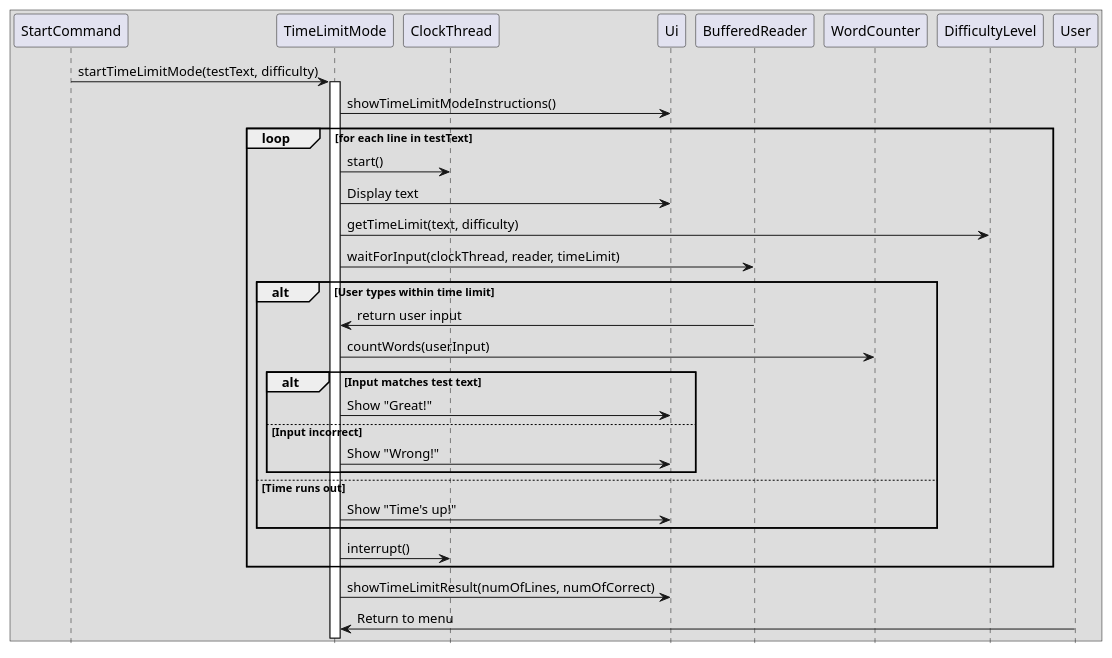
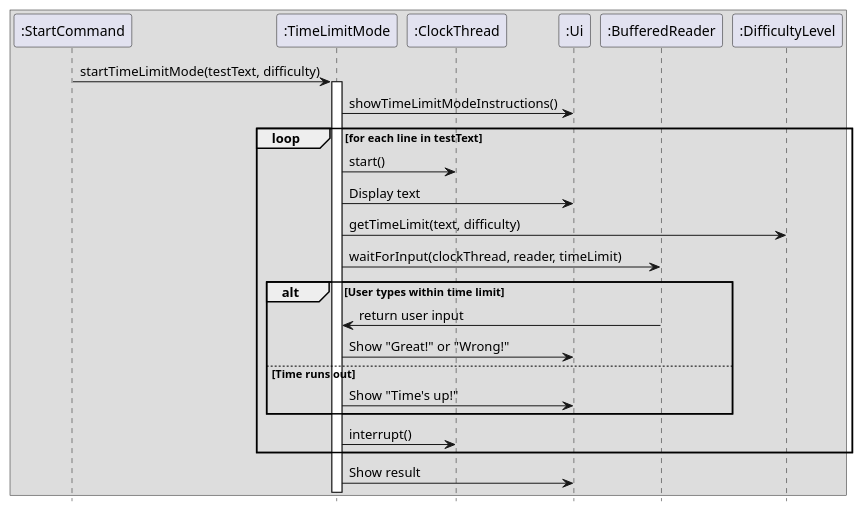
The diagram in docs/diagrams/SeqDiagramTimeLimitMode.puml (AY2425S2-CS2113-F13-2/tp), drawn with PlantUML before and after one commit. The commit also changed 6 other files, not shown here.

Commit message:
added class diagram for Command, simplified sequence diagram, edited the order of implementation part in DG

```diff
--- a/docs/diagrams/SeqDiagramTimeLimitMode.puml
+++ b/docs/diagrams/SeqDiagramTimeLimitMode.puml
@@ -1,39 +1,33 @@
 @startuml
 'https://plantuml.com/sequence-diagram
 hide footbox
 
 box
-participant StartCommand
-participant TimeLimitMode
-participant ClockThread
-participant Ui
-participant BufferedReader
-participant WordCounter
-participant DifficultyLevel
+participant ":StartCommand" as StartCommand
+participant ":TimeLimitMode" as TimeLimitMode
+participant ":ClockThread" as ClockThread
+participant ":Ui" as Ui
+participant ":BufferedReader" as BufferedReader
+participant ":DifficultyLevel" as DifficultyLevel
 
 StartCommand -> TimeLimitMode: startTimeLimitMode(testText, difficulty)
 activate TimeLimitMode
 TimeLimitMode -> Ui: showTimeLimitModeInstructions()
 loop for each line in testText
     TimeLimitMode -> ClockThread: start()
     TimeLimitMode -> Ui: Display text
     TimeLimitMode -> DifficultyLevel: getTimeLimit(text, difficulty)
     TimeLimitMode -> BufferedReader: waitForInput(clockThread, reader, timeLimit)
     alt User types within time limit
         BufferedReader -> TimeLimitMode: return user input
-        TimeLimitMode -> WordCounter: countWords(userInput)
-        alt Input matches test text
-            TimeLimitMode -> Ui: Show "Great!"
-        else Input incorrect
-            TimeLimitMode -> Ui: Show "Wrong!"
-        end
+        TimeLimitMode -> Ui: Show "Great!" or "Wrong!"
+
     else Time runs out
         TimeLimitMode -> Ui: Show "Time's up!"
     end
     TimeLimitMode -> ClockThread: interrupt()
 end
-TimeLimitMode -> Ui: showTimeLimitResult(numOfLines, numOfCorrect)
-User -> TimeLimitMode: Return to menu
+TimeLimitMode -> Ui: Show result
 
 end box
 @enduml
```
